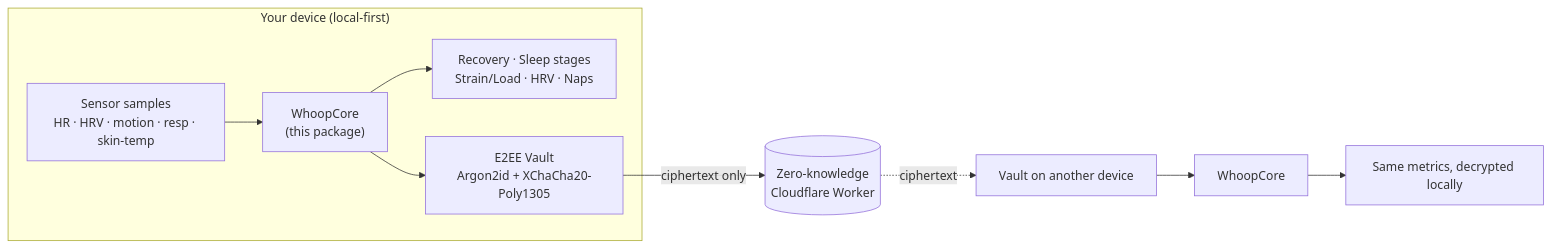
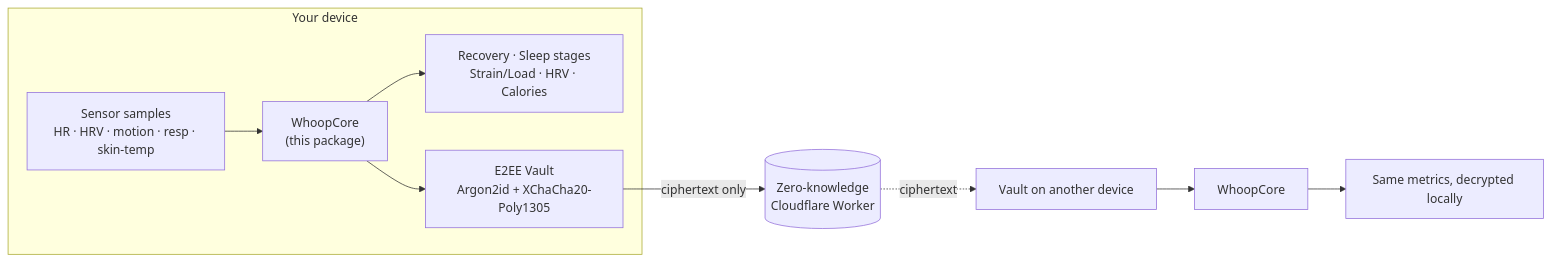
One commit to natdanai-pae/mywhoop changed the diagram in README.md. Above: the diagram before and after it, drawn with Mermaid. The commit also changed other lines of this file, not shown here.

````diff
--- a/README.md
+++ b/README.md
@@ -54,11 +87,11 @@
 ```mermaid
 flowchart LR
-  subgraph dev["Your device (local-first)"]
+  subgraph dev["Your device"]
     S["Sensor samples<br/>HR · HRV · motion · resp · skin-temp"] --> WC["WhoopCore<br/>(this package)"]
-    WC --> M["Recovery · Sleep stages<br/>Strain/Load · HRV · Naps"]
+    WC --> M["Recovery · Sleep stages<br/>Strain/Load · HRV · Calories"]
     WC --> V["E2EE Vault<br/>Argon2id + XChaCha20-Poly1305"]
   end
   V -->|ciphertext only| B[("Zero-knowledge<br/>Cloudflare Worker")]
   B -.->|ciphertext| V2["Vault on another device"]
   V2 --> WC2["WhoopCore"] --> M2["Same metrics, decrypted locally"]
 ```
````
